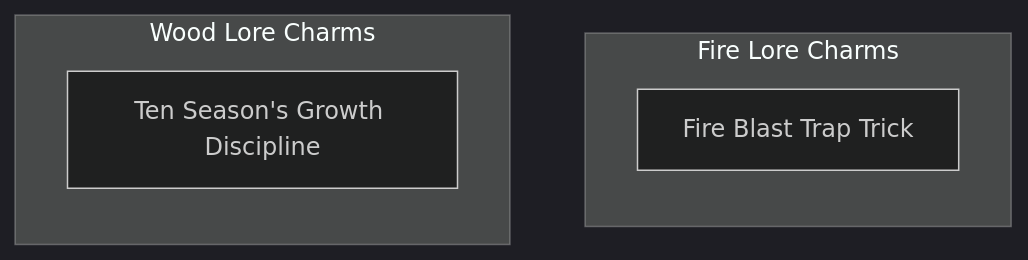
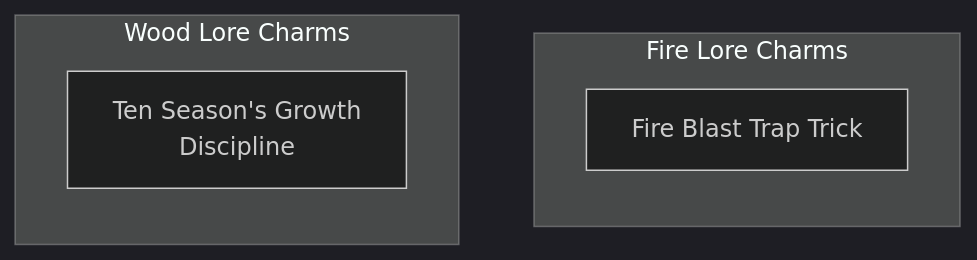
One commit to jrobichaud/exalted-charms-1e changed the diagram in docs/mermaid/dragon_blooded/air_lore_1.mmd. Above: the diagram before and after it, drawn with Mermaid. The commit also changed 11 other files, not shown here.

```diff
--- a/docs/mermaid/dragon_blooded/air_lore_1.mmd
+++ b/docs/mermaid/dragon_blooded/air_lore_1.mmd
@@ -1,99 +1,99 @@
 ---
 config:
   theme: dark
 ---
 flowchart TD
 
     %% described in Storyteller's Companion
     subgraph fire_lore[Fire Lore Charms]
         direction TB
 
         fire_blast_trap_trick[Fire Blast Trap Trick]
         click fire_blast_trap_trick callback "
         Fire Blast Trap Trick<br>
         <br>
         Cost: 1 mote<br>
         Duration: Until triggered<br>
         Type: Simple<br>
         Minimum Lore: 3<br>
         Minimum Essence: 2<br>
         Prerequisite Charms: None<br>
         <br>
         This peculiar Charm finds use among Dragon-Bloods
         who worry about thieves. It takes a clever hand, though, to
         trap a fire inside a box, jar or bottle so that it can't go out.
         The Dynast must place a bit of fuel inside the container —
         firedust from the far south works best — set it on fire, then
         slap the lid shut and seal it just right. When someone opens
         the container, the captive fire explodes, much larger and
         hotter from anger at being trapped. A typical use for the
         fire trap is to rig it inside a trunk or cupboard so that anyone
         who opens it the wrong way pops open the hidden container
         and set off the trap.<br>
         Like most Charms with long-term effects, the fire trap
         &quot;ties up&quot; the mote of Essence used to set it up. For this
         reason, the Aspects of Fire do not manufacture fire traps by
         the dozen. Creating a fire trap takes just a minute, but the
         trap itself can last indefinitely. The trap lasts even after its
         creator's death, if she never reclaimed its Essence. The fire
         trap's explosion has a three-foot radius. The player rolls
         Dexterity + Lore. As well as causing a flash and loud bang,
         for each success the player rolls, the trap does a number of
         points of lethal damage equal to the Essence of the Exalted
         who set the trap, soaked normally. Obviously, fire traps are
         unsuitable for guarding anything that flame could destroy.<br>
         Cascade Charms:<br>
         • The Fire Blast Trap Trick needs few improvements.
         One possibility is an improved fire trap whose flame fills a
         larger area.
         "
 
     end
 
     %% described in Storyteller's Companion
     subgraph wood_lore[Wood Lore Charms]
         direction TB
 
-        ten_seasons_growth_discipline[Ten Season's Growth Discipline]
+        ten_seasons_growth_discipline[Ten Season's Growth<br>Discipline]
         click ten_seasons_growth_discipline callback "
             Ten Season's Growth Discipline<br>
             <br>
             Cost: 1 mote per minute of use<br>
             Duration: Instant<br>
             Type: Simple<br>
             Minimum Lore: 2<br>
             Minimum Essence: 2<br>
             Prerequisite Charms: None<br>
             <br>
             By communing with the living spirit of a plant, a
             Dragon-Blooded character can rouse it to grow with impossible,
             supernatural speed. A seed can grow into a flower.
             A seedling can become a sturdy sapling. What's more, the
             character can shape the plant's growth. Although instant
             topiary is an esthetically pleasing application, a character
             can also grow trees so they crack stone walls with their
             roots, produce living ladders from ivy or perform other
             useful tricks.<br>
             To employ this Charm, the character must lightly
             stroke the target plant, softly hum or sing to the spirit
             within it and supply it with water. For every minute and
             mote of Essence expended, the plant experiences up to a
             full year's worth of growth. Thus, growing an annual flower
             from a seed requires only one minute and one mote of
             Essence; growing an oak tree 20 years old from an acorn
             takes 20 minutes and 20 motes of Essence.<br>
             Cascade Charms:<br>
             • With greater Lore or Essence, the character could
             learn to grow and shape trees with greater speed and less
             cost of Essence.<br>
             • A plant might actually animate for a short time to
             work the Dragon-Blooded character's will.<br>
             • A plant could grow supernaturally large. A bower of
             giant flowers aids any courtship; more bizarre options
             include giant gourds or pumpkins as houses or boats.<br>
             • A really powerful Dynast might be able to make a
             tree grow around a captured enemy, trapping him in
             ageless slumber until someone cuts the tree down.
             "
 
     end
```
